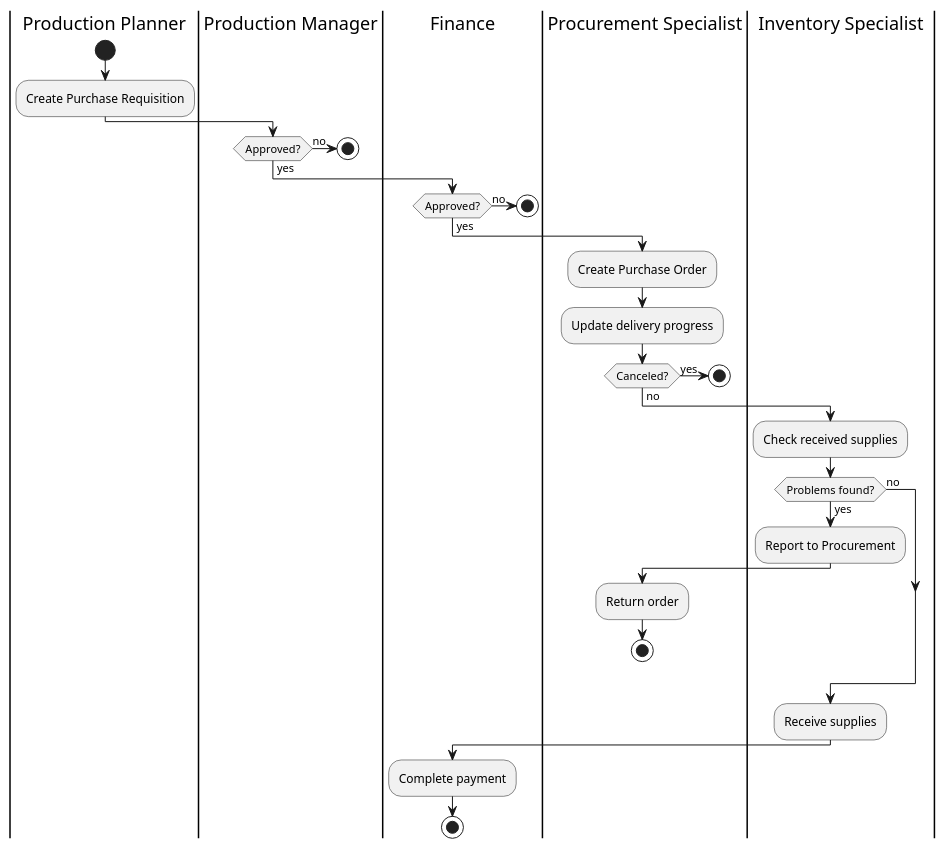
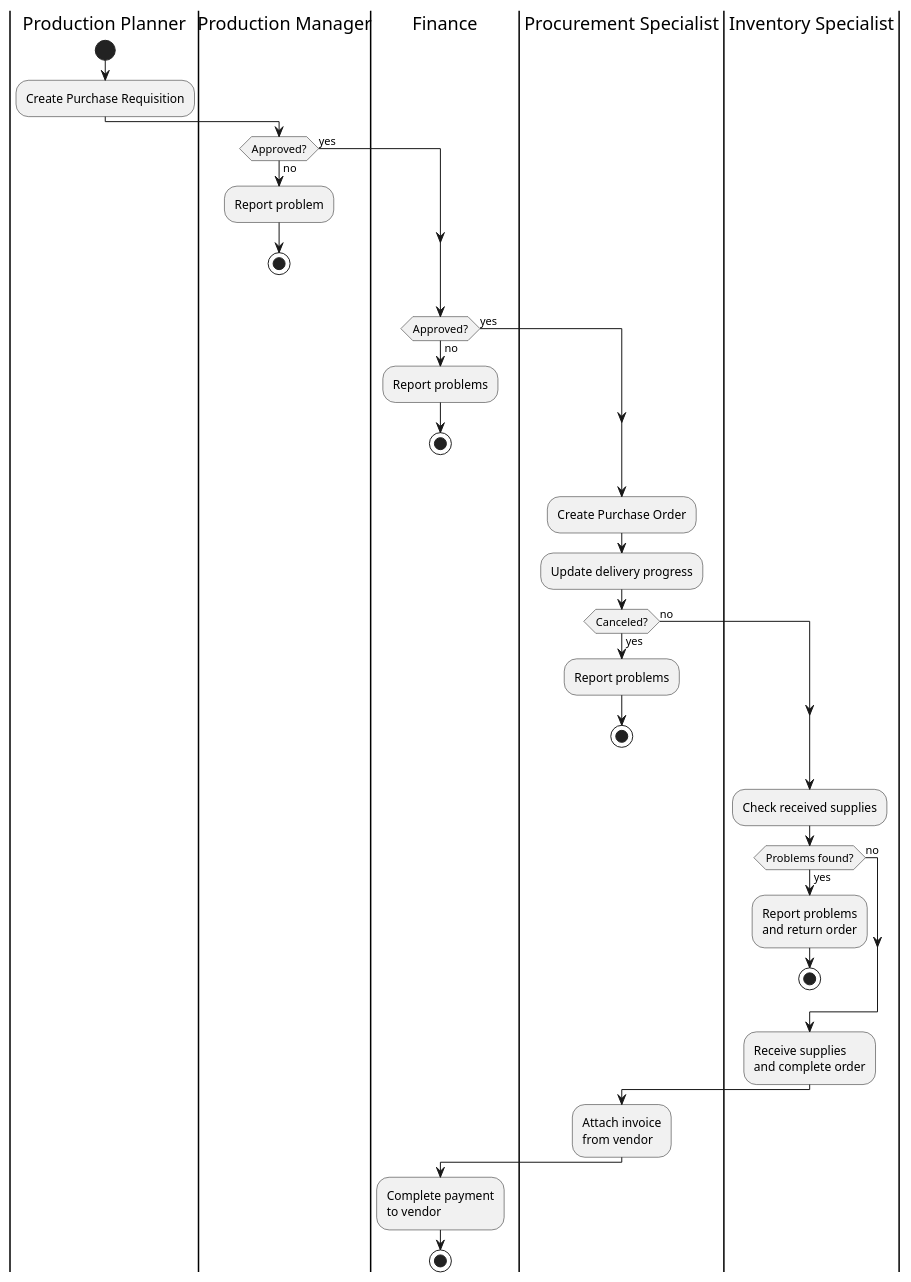
The diagram in workflows/purchase-workflow.plantuml (phihungha/scmss-reqs), drawn with PlantUML before and after one commit. The commit also changed 13 other files, not shown here.

Commit message:
Minor BRD diagram fixes

```diff
--- a/workflows/purchase-workflow.plantuml
+++ b/workflows/purchase-workflow.plantuml
@@ -1,50 +1,53 @@
 @startuml purchase-workflow
 |prod_planner|Production Planner
 |prod_manager|Production Manager
 |fin|Finance
 |pur_spec|Procurement Specialist
 |inv_spec|Inventory Specialist
 
 |prod_planner|
 start
 :Create Purchase Requisition;
 
 |prod_manager|
 if (Approved?) then (no)
+    :Report problem;
     stop
 else (yes)
 endif
 
 |fin|
 if (Approved?) then (no)
+    :Report problems;
     stop
 else (yes)
 endif
 
 |pur_spec|
 :Create Purchase Order;
 :Update delivery progress;
 if (Canceled?) then (yes)
+    :Report problems;
     stop
 else (no)
 endif
 
 |inv_spec|
 :Check received supplies;
 if (Problems found?) then (yes)
-    :Report to Procurement;
-
-    |pur_spec|
-    :Return order;
+    :Report problems\nand return order;
     stop
 else (no)
 endif
 
 |inv_spec|
-:Receive supplies;
+:Receive supplies\nand complete order;
+
+|pur_spec|
+:Attach invoice\nfrom vendor;
 
 |fin|
-:Complete payment;
+:Complete payment\nto vendor;
 
 stop
 @enduml
```
